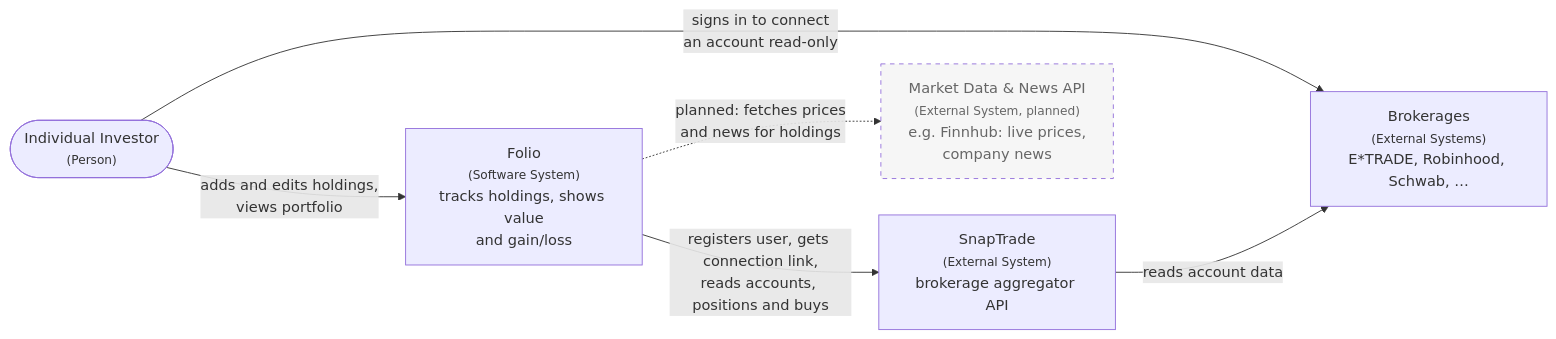
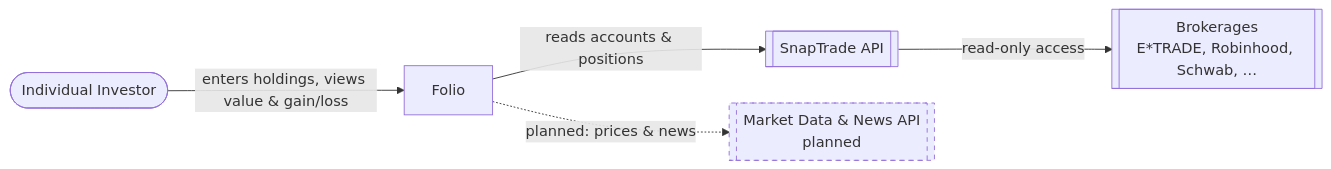
The first of 5 diagrams in README.md (dquin144/cen5064-project-quinones), drawn with Mermaid before and after one commit. The commit also changed other lines of this file, not shown here.

First line of the commit message:
Simplify diagrams and show planned features

````diff
--- a/README.md
+++ b/README.md
@@ -109,18 +109,11 @@
 ```mermaid
 %%{init: {'flowchart': {'nodeSpacing': 40, 'rankSpacing': 60, 'curve': 'basis'}}}%%
 flowchart LR
-    user(["Individual Investor<br/><small>(Person)</small>"])
-    folio["Folio<br/><small>(Software System)</small><br/>tracks holdings, shows value<br/>and gain/loss"]
-    snaptrade["SnapTrade<br/><small>(External System)</small><br/>brokerage aggregator API"]
-    brokerages["Brokerages<br/><small>(External Systems)</small><br/>E*TRADE, Robinhood, Schwab, …"]
-    market["Market Data & News API<br/><small>(External System, planned)</small><br/>e.g. Finnhub: live prices,<br/>company news"]
+    user([Individual Investor]) -->|enters holdings, views value & gain/loss| system[Folio]
+    system -->|reads accounts & positions| snaptrade[[SnapTrade API]]
+    snaptrade -->|read-only access| brokerages[[Brokerages<br/>E*TRADE, Robinhood, Schwab, …]]
+    system -.->|planned: prices & news| market[[Market Data & News API<br/>planned]]
 
-    user -->|adds and edits holdings,<br/>views portfolio| folio
-    user -->|signs in to connect<br/>an account read-only| brokerages
-    folio -->|registers user, gets connection link,<br/>reads accounts, positions and buys| snaptrade
-    snaptrade -->|reads account data| brokerages
-    folio -.->|planned: fetches prices<br/>and news for holdings| market
-
-    classDef planned stroke-dasharray: 5 5,fill:#f6f6f6,color:#666
+    classDef planned stroke-dasharray: 5 5
     class market planned
 ```
````
